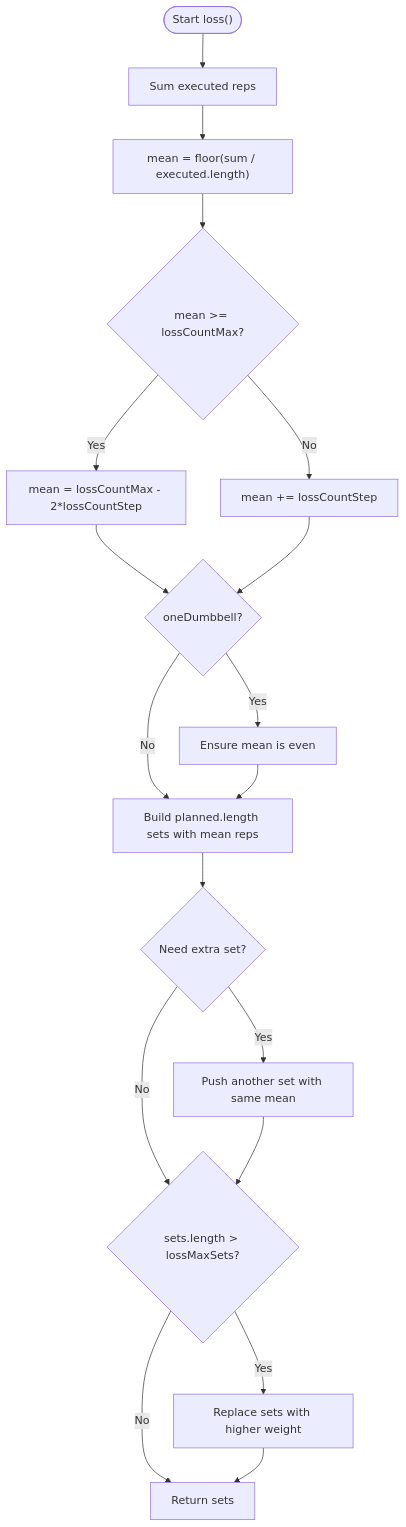
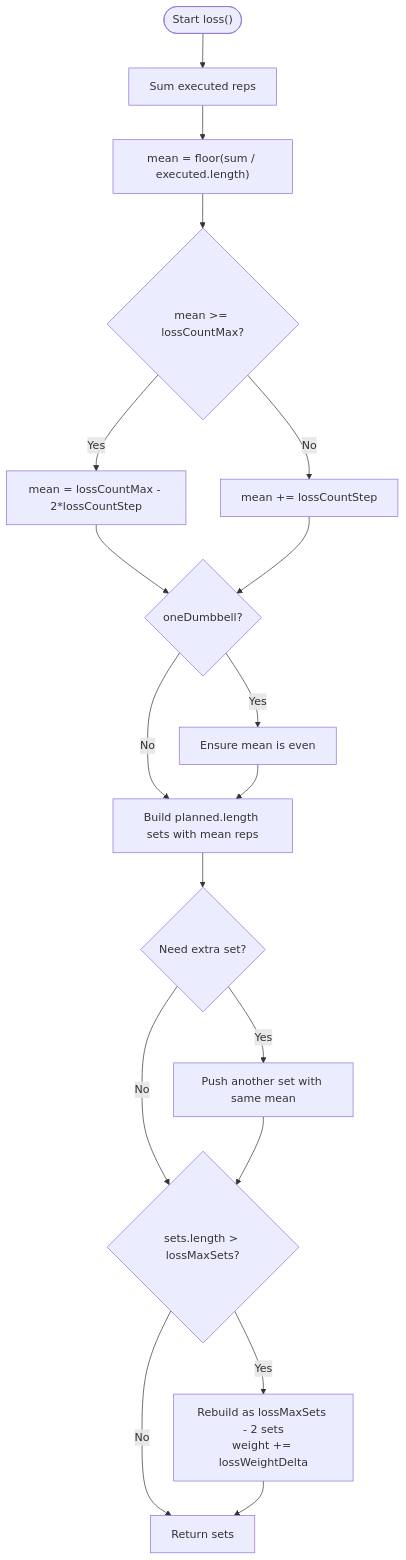
Before and after one commit to Dezzpil/meingym: the sixth of 9 diagrams in .qoder/repowiki/en/content/Core Business Logic/Progression Strategies.md, drawn with Mermaid. The commit also changed other lines of this file and 12 other files, not shown here.

````diff
--- a/.qoder/repowiki/en/content/Core Business Logic/Progression Strategies.md
+++ b/.qoder/repowiki/en/content/Core Business Logic/Progression Strategies.md
@@ -237,20 +268,20 @@
 ```mermaid
 flowchart TD
 StartL(["Start loss()"]) --> SumReps["Sum executed reps"]
 SumReps --> Mean["mean = floor(sum / executed.length)"]
 Mean --> MaxCheck{"mean >= lossCountMax?"}
 MaxCheck -- Yes --> ResetMean["mean = lossCountMax - 2*lossCountStep"]
 MaxCheck -- No --> IncMean["mean += lossCountStep"]
 ResetMean --> OneDbL{"oneDumbbell?"}
 IncMean --> OneDbL
 OneDbL -- Yes --> EvenMean["Ensure mean is even"]
 OneDbL -- No --> BuildSets["Build planned.length sets with mean reps"]
 EvenMean --> BuildSets
 BuildSets --> AddSet{"Need extra set?"}
 AddSet -- Yes --> PushExtra["Push another set with same mean"]
 AddSet -- No --> CapSets{"sets.length > lossMaxSets?"}
 PushExtra --> CapSets
-CapSets -- Yes --> IncreaseWeight["Replace sets with higher weight"]
+CapSets -- Yes --> IncreaseWeight["Rebuild as lossMaxSets - 2 sets<br/>weight += lossWeightDelta"]
 CapSets -- No --> ReturnLoss["Return sets"]
 IncreaseWeight --> ReturnLoss
 ```
````
